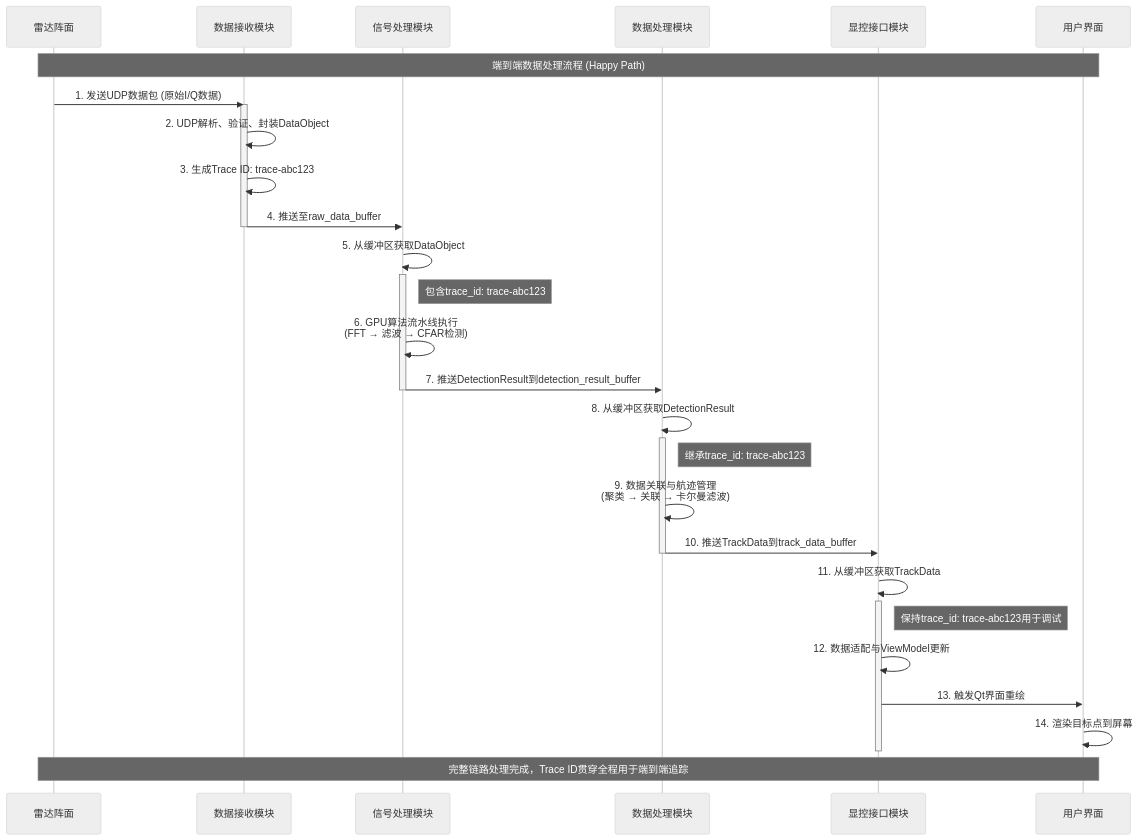
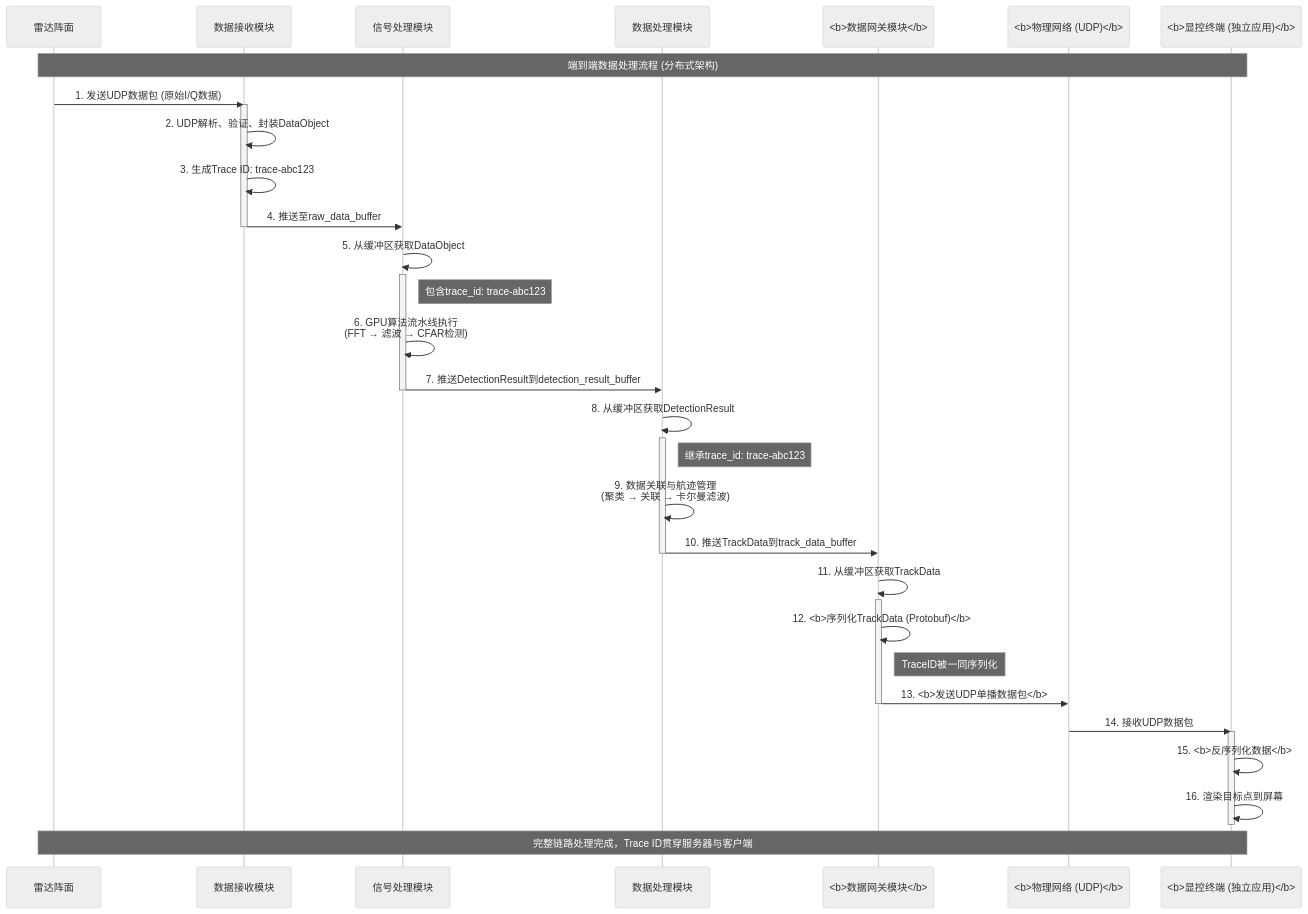
Diagram 18 of 22 in docs/01_项目设计/02_模块设计/99_模块集成策略.md (wendizhou99-cell/Radar), drawn with Mermaid (neutral theme) before and after one commit. The commit also changed other lines of this file and 14 other files, not shown here.

````diff
--- a/docs/01_项目设计/02_模块设计/99_模块集成策略.md
+++ b/docs/01_项目设计/02_模块设计/99_模块集成策略.md
@@ -2052,46 +2095,53 @@
 ```mermaid
 sequenceDiagram
     participant Radar as 雷达阵面
     participant DataReceiver as 数据接收模块
     participant SignalProcessor as 信号处理模块
     participant DataProcessor as 数据处理模块
-    participant DisplayController as 显控接口模块
-    participant UI as 用户界面
+    participant DisplayController as <b>数据网关模块</b>
+    participant Network as <b>物理网络 (UDP)</b>
+    participant ClientApp as <b>显控终端 (独立应用)</b>
 
-    Note over Radar,UI: 端到端数据处理流程 (Happy Path)
+    Note over Radar,ClientApp: 端到端数据处理流程 (分布式架构)
 
     %% 阶段1: 数据接收与缓存
     Radar->>DataReceiver: 1. 发送UDP数据包 (原始I/Q数据)
     activate DataReceiver
     DataReceiver->>DataReceiver: 2. UDP解析、验证、封装DataObject
     DataReceiver->>DataReceiver: 3. 生成Trace ID: trace-abc123
     DataReceiver->>SignalProcessor: 4. 推送至raw_data_buffer
     deactivate DataReceiver
 
     %% 阶段2: GPU信号处理
     SignalProcessor->>SignalProcessor: 5. 从缓冲区获取DataObject
     activate SignalProcessor
     Note right of SignalProcessor: 包含trace_id: trace-abc123
     SignalProcessor->>SignalProcessor: 6. GPU算法流水线执行<br/>(FFT → 滤波 → CFAR检测)
     SignalProcessor->>DataProcessor: 7. 推送DetectionResult到detection_result_buffer
     deactivate SignalProcessor
 
     %% 阶段3: 目标跟踪处理
     DataProcessor->>DataProcessor: 8. 从缓冲区获取DetectionResult
     activate DataProcessor
     Note right of DataProcessor: 继承trace_id: trace-abc123
     DataProcessor->>DataProcessor: 9. 数据关联与航迹管理<br/>(聚类 → 关联 → 卡尔曼滤波)
     DataProcessor->>DisplayController: 10. 推送TrackData到track_data_buffer
     deactivate DataProcessor
 
-    %% 阶段4: 显示渲染
+    %% 阶段4: 数据网关处理与网络分发
     DisplayController->>DisplayController: 11. 从缓冲区获取TrackData
     activate DisplayController
-    Note right of DisplayController: 保持trace_id: trace-abc123用于调试
-    DisplayController->>DisplayController: 12. 数据适配与ViewModel更新
-    DisplayController->>UI: 13. 触发Qt界面重绘
-    UI->>UI: 14. 渲染目标点到屏幕
+    DisplayController->>DisplayController: 12. <b>序列化TrackData (Protobuf)</b>
+    Note right of DisplayController: TraceID被一同序列化
+    DisplayController->>Network: 13. <b>发送UDP单播数据包</b>
     deactivate DisplayController
 
-    Note over Radar,UI: 完整链路处理完成，Trace ID贯穿全程用于端到端追踪
+    %% 阶段5: 客户端接收与显示
+    Network->>ClientApp: 14. 接收UDP数据包
+    activate ClientApp
+    ClientApp->>ClientApp: 15. <b>反序列化数据</b>
+    ClientApp->>ClientApp: 16. 渲染目标点到屏幕
+    deactivate ClientApp
+
+    Note over Radar,ClientApp: 完整链路处理完成，Trace ID贯穿服务器与客户端
 ```
````
